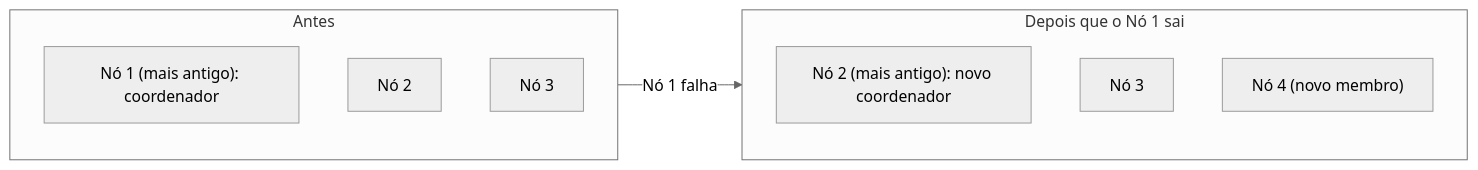
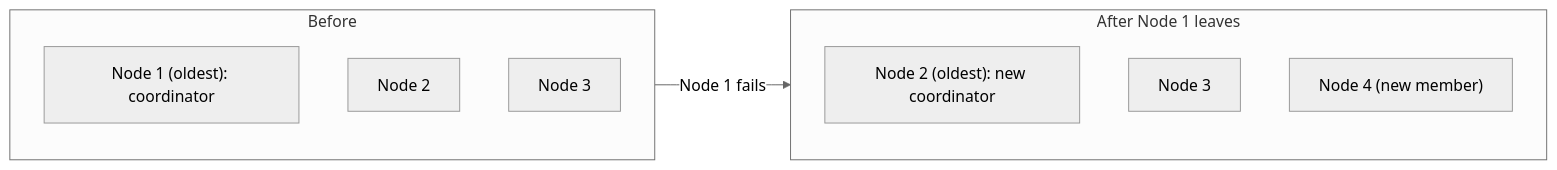
One commit to alancesar/design-patterns changed the diagram in docs/architecture/distributed-systems/cluster-management/emergent-leader.md. Above: the diagram before and after it, drawn with Mermaid (neutral theme). The commit also changed 258 other files, not shown here.

First line of the commit message:
Translate Mermaid diagrams to English

````diff
--- a/docs/architecture/distributed-systems/cluster-management/emergent-leader.md
+++ b/docs/architecture/distributed-systems/cluster-management/emergent-leader.md
@@ -57,14 +57,14 @@
 ```mermaid
 flowchart LR
-    subgraph antes["Antes"]
-        A1["Nó 1 (mais antigo): coordenador"]
-        A2["Nó 2"]
-        A3["Nó 3"]
+    subgraph antes["Before"]
+        A1["Node 1 (oldest): coordinator"]
+        A2["Node 2"]
+        A3["Node 3"]
     end
-    subgraph depois["Depois que o Nó 1 sai"]
-        B2["Nó 2 (mais antigo): novo coordenador"]
-        B3["Nó 3"]
-        B4["Nó 4 (novo membro)"]
+    subgraph depois["After Node 1 leaves"]
+        B2["Node 2 (oldest): new coordinator"]
+        B3["Node 3"]
+        B4["Node 4 (new member)"]
     end
-    antes -->|"Nó 1 falha"| depois
+    antes -->|"Node 1 fails"| depois
 ```
````
